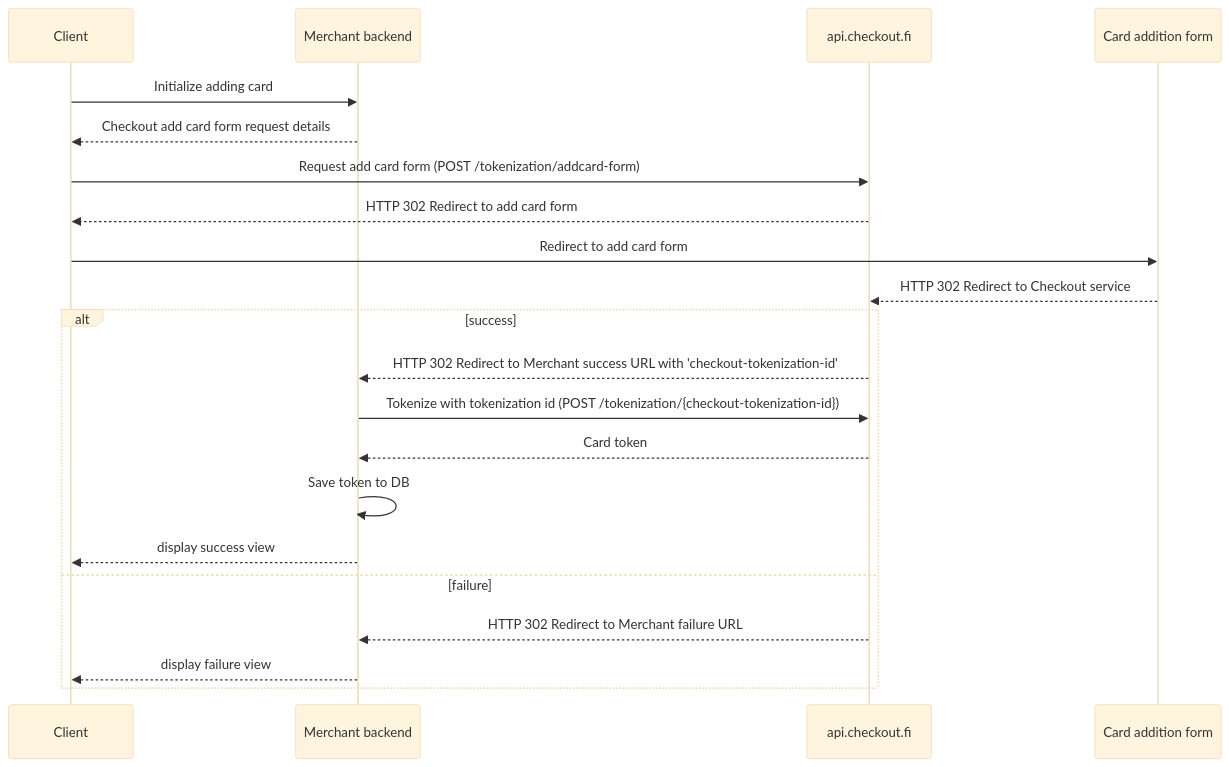
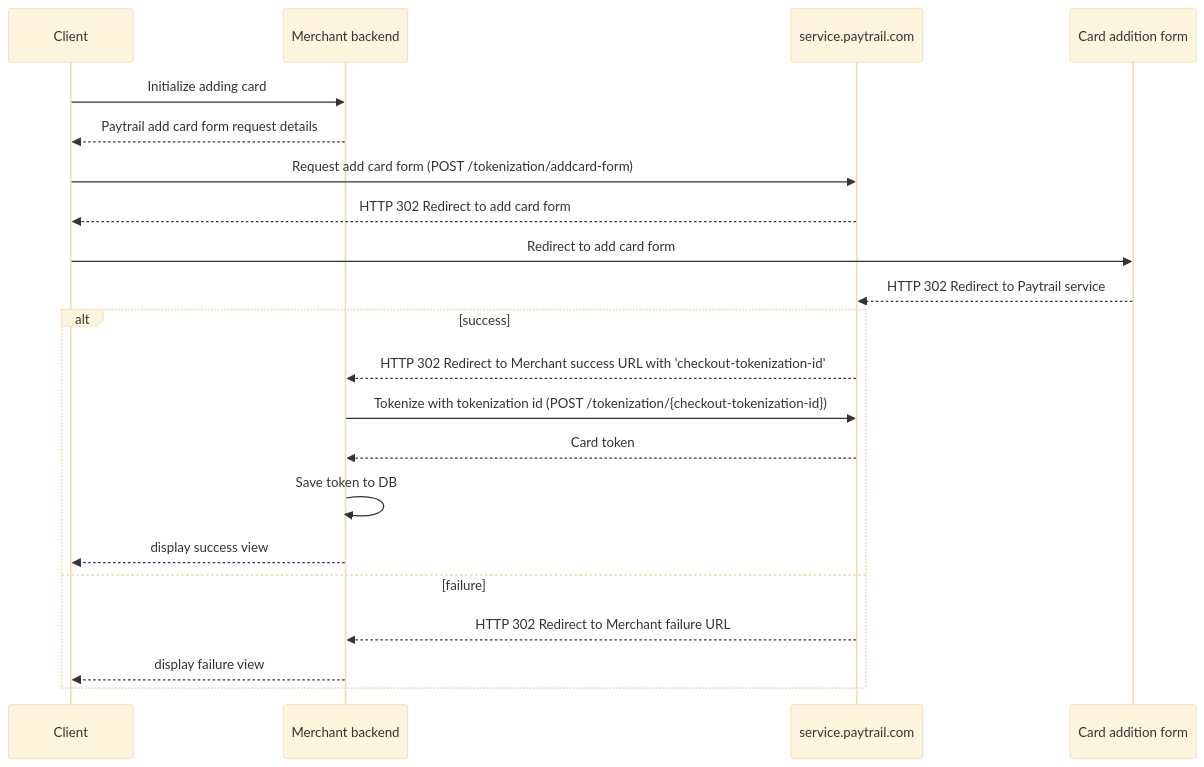
Before and after one commit to paytrail/api-documentation: the second of 3 diagrams in docs/README.md, drawn with Mermaid (base theme). The commit also changed other lines of this file and 2 other files, not shown here.

````diff
--- a/docs/README.md
+++ b/docs/README.md
@@ -409,22 +409,22 @@
 ```mermaid
 sequenceDiagram
 
 Client ->> Merchant backend: Initialize adding card
-Merchant backend -->> Client: Checkout add card form request details
-Client ->> api.checkout.fi: Request add card form (POST /tokenization/addcard-form)
-api.checkout.fi -->> Client: HTTP 302 Redirect to add card form
+Merchant backend -->> Client: Paytrail add card form request details
+Client ->> service.paytrail.com: Request add card form (POST /tokenization/addcard-form)
+service.paytrail.com -->> Client: HTTP 302 Redirect to add card form
 Client ->> Card addition form: Redirect to add card form
-Card addition form -->> api.checkout.fi: HTTP 302 Redirect to Checkout service
+Card addition form -->> service.paytrail.com: HTTP 302 Redirect to Paytrail service
 
 alt success
-api.checkout.fi -->> Merchant backend: HTTP 302 Redirect to Merchant success URL with 'checkout-tokenization-id'
-Merchant backend ->> api.checkout.fi: Tokenize with tokenization id (POST /tokenization/{checkout-tokenization-id})
-api.checkout.fi -->> Merchant backend: Card token
+service.paytrail.com -->> Merchant backend: HTTP 302 Redirect to Merchant success URL with 'checkout-tokenization-id'
+Merchant backend ->> service.paytrail.com: Tokenize with tokenization id (POST /tokenization/{checkout-tokenization-id})
+service.paytrail.com -->> Merchant backend: Card token
 Merchant backend ->> Merchant backend: Save token to DB
 Merchant backend -->> Client: display success view
 else failure
-api.checkout.fi -->> Merchant backend: HTTP 302 Redirect to Merchant failure URL
+service.paytrail.com -->> Merchant backend: HTTP 302 Redirect to Merchant failure URL
 Merchant backend -->> Client: display failure view
 end
 
 ```
````
